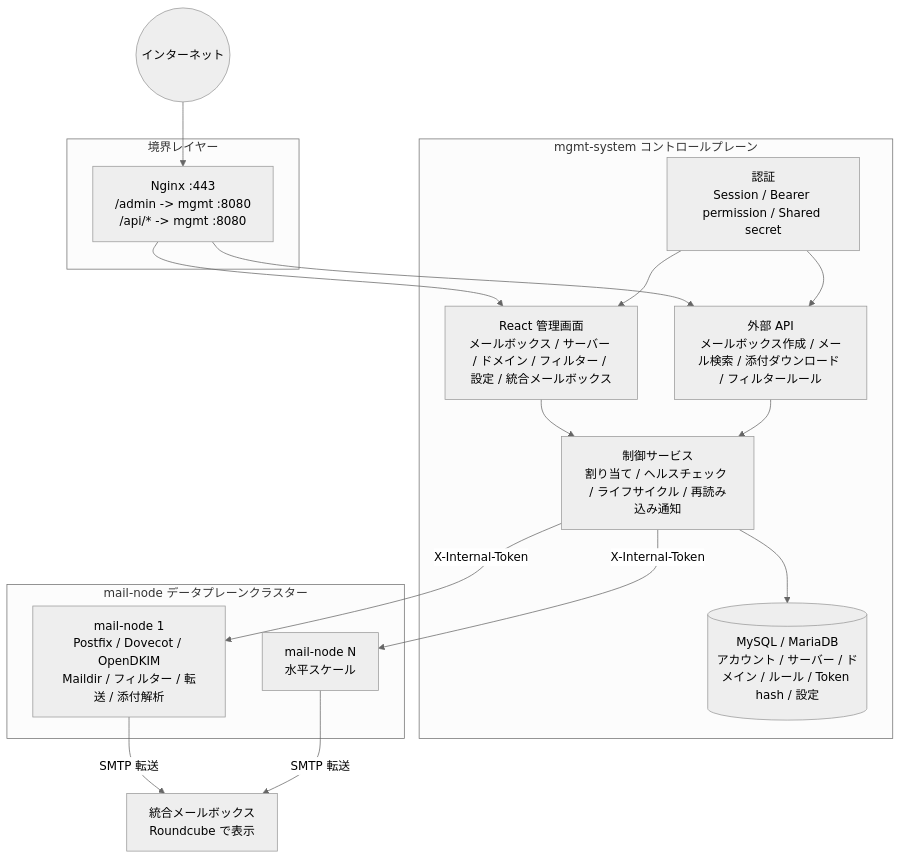
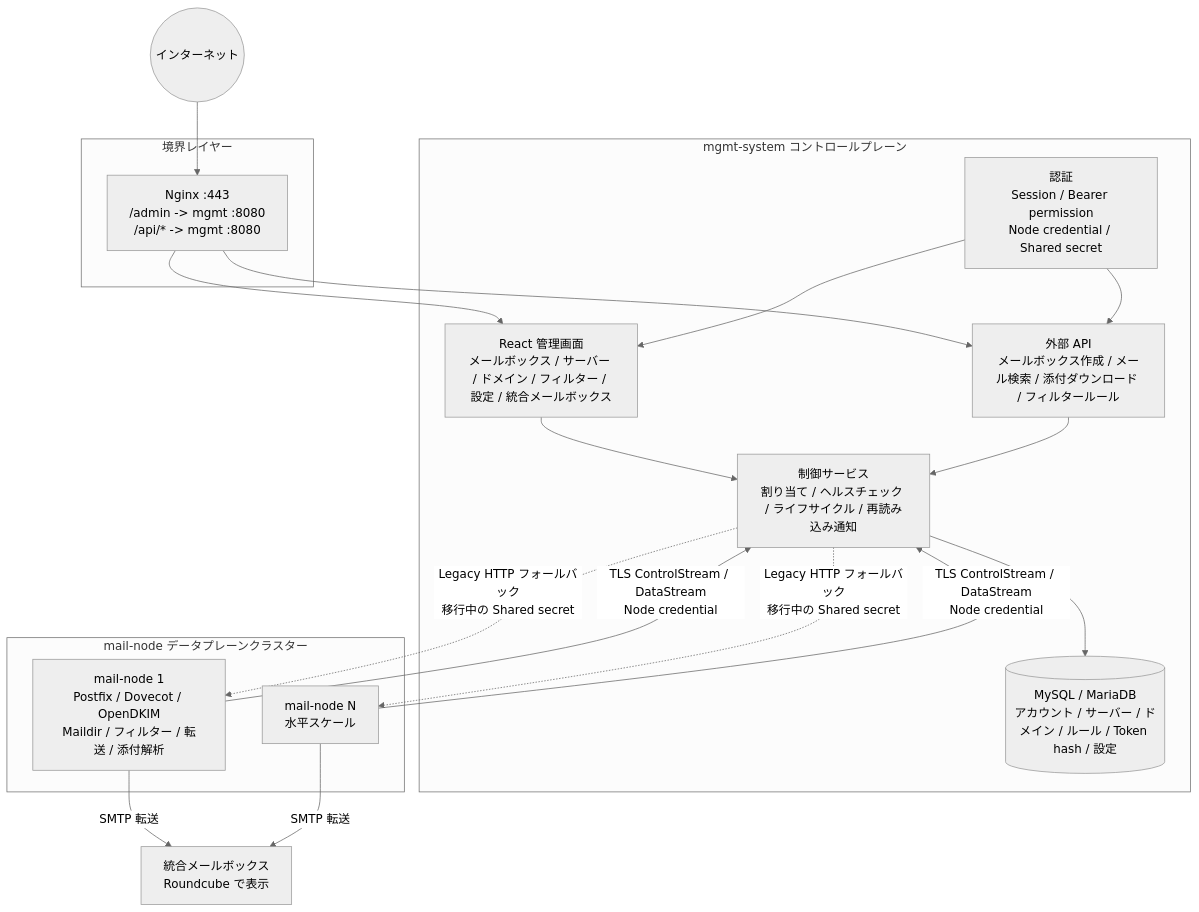
Before and after one commit to snowflake-yezi/MailHub: the diagram in README.ja.md, drawn with Mermaid (neutral theme). The commit also changed other lines of this file and 2 other files, not shown here.

````diff
--- a/README.ja.md
+++ b/README.ja.md
@@ -61,36 +74,38 @@
 ```mermaid
 flowchart TB
     internet((インターネット))
 
     subgraph edge["境界レイヤー"]
         nginx["Nginx :443<br/>/admin -> mgmt :8080<br/>/api/* -> mgmt :8080"]
     end
 
     subgraph mgmt["mgmt-system コントロールプレーン"]
         web["React 管理画面<br/>メールボックス / サーバー / ドメイン / フィルター / 設定 / 統合メールボックス"]
         api["外部 API<br/>メールボックス作成 / メール検索 / 添付ダウンロード / フィルタールール"]
         control["制御サービス<br/>割り当て / ヘルスチェック / ライフサイクル / 再読み込み通知"]
-        auth["認証<br/>Session / Bearer permission / Shared secret"]
+        auth["認証<br/>Session / Bearer permission<br/>Node credential / Shared secret"]
         db[("MySQL / MariaDB<br/>アカウント / サーバー / ドメイン / ルール / Token hash / 設定")]
     end
 
     subgraph nodes["mail-node データプレーンクラスター"]
         node1["mail-node 1<br/>Postfix / Dovecot / OpenDKIM<br/>Maildir / フィルター / 転送 / 添付解析"]
         nodeN["mail-node N<br/>水平スケール"]
     end
 
     union["統合メールボックス<br/>Roundcube で表示"]
 
     internet --> nginx
     nginx --> web
     nginx --> api
     web --> control
     api --> control
     auth --> web
     auth --> api
     control --> db
-    control -->|"X-Internal-Token"| node1
-    control -->|"X-Internal-Token"| nodeN
+    node1 -->|"TLS ControlStream / DataStream<br/>Node credential"| control
+    nodeN -->|"TLS ControlStream / DataStream<br/>Node credential"| control
+    control -.->|"Legacy HTTP フォールバック<br/>移行中の Shared secret"| node1
+    control -.->|"Legacy HTTP フォールバック<br/>移行中の Shared secret"| nodeN
     node1 -->|"SMTP 転送"| union
     nodeN -->|"SMTP 転送"| union
 ```
````
